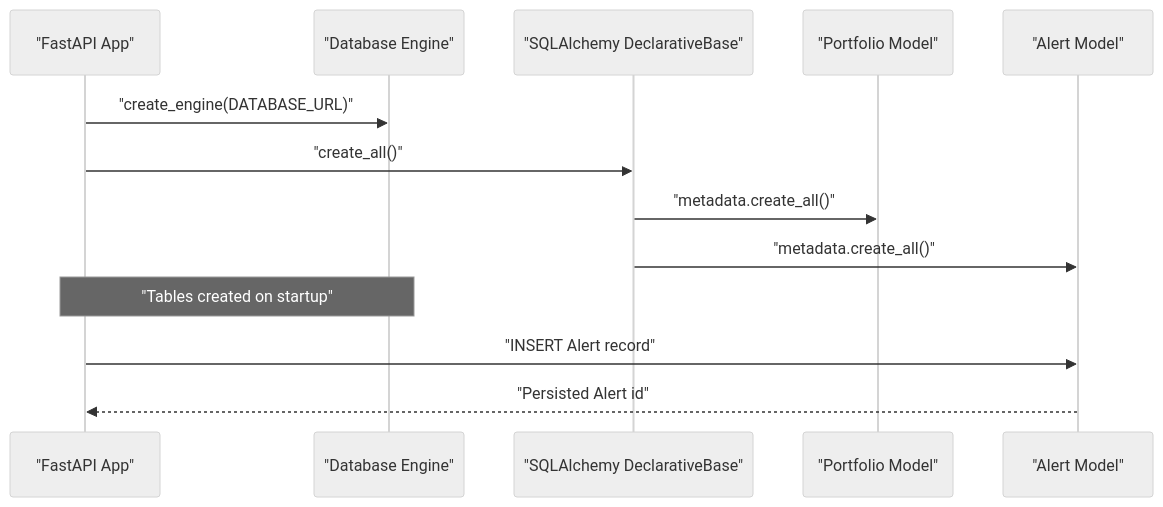
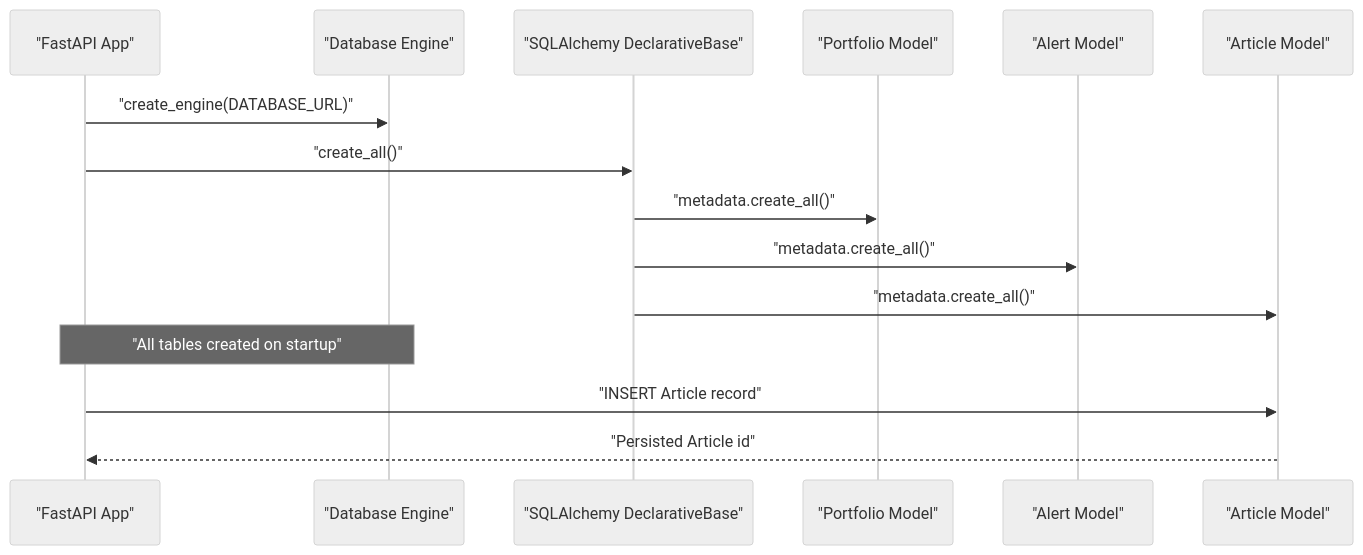
The second of 10 diagrams in .qoder/repowiki/en/content/Backend Architecture/Database Layer/Database Layer.md (ishwarambare/ishwarambare-app), drawn with Mermaid (neutral theme) before and after one commit. The commit also changed other lines of this file and 10 other files, not shown here.

````diff
--- a/.qoder/repowiki/en/content/Backend Architecture/Database Layer/Database Layer.md
+++ b/.qoder/repowiki/en/content/Backend Architecture/Database Layer/Database Layer.md
@@ -98,15 +119,17 @@
 ```mermaid
 sequenceDiagram
 participant App as "FastAPI App"
 participant DB as "Database Engine"
 participant Base as "SQLAlchemy DeclarativeBase"
 participant Port as "Portfolio Model"
 participant Al as "Alert Model"
+participant Art as "Article Model"
 App->>DB : "create_engine(DATABASE_URL)"
 App->>Base : "create_all()"
 Base->>Port : "metadata.create_all()"
 Base->>Al : "metadata.create_all()"
-Note over App,DB : "Tables created on startup"
-App->>Al : "INSERT Alert record"
-Al-->>App : "Persisted Alert id"
+Base->>Art : "metadata.create_all()"
+Note over App,DB : "All tables created on startup"
+App->>Art : "INSERT Article record"
+Art-->>App : "Persisted Article id"
 ```
````
